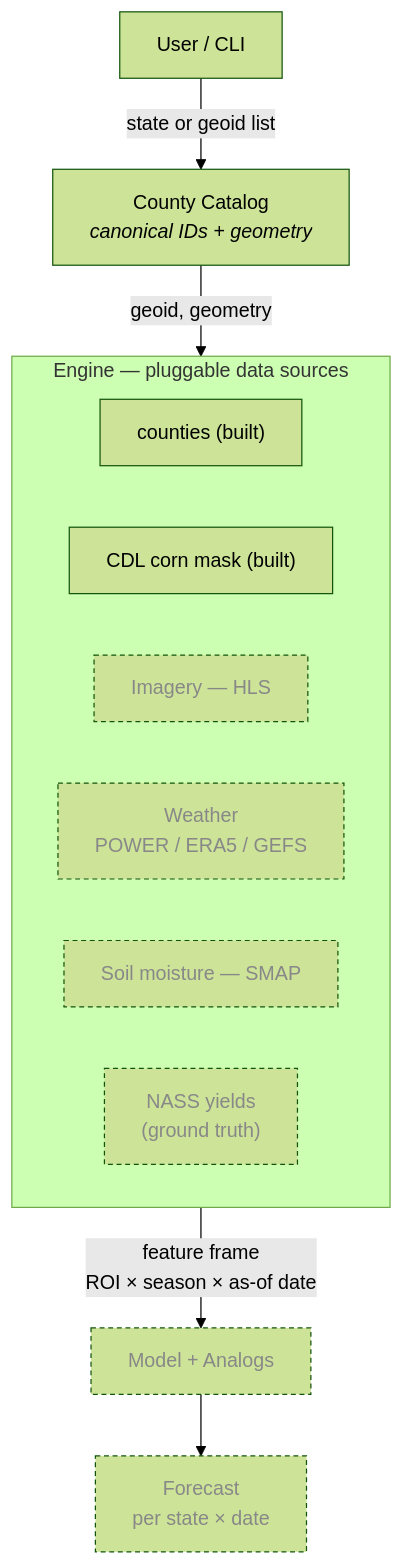
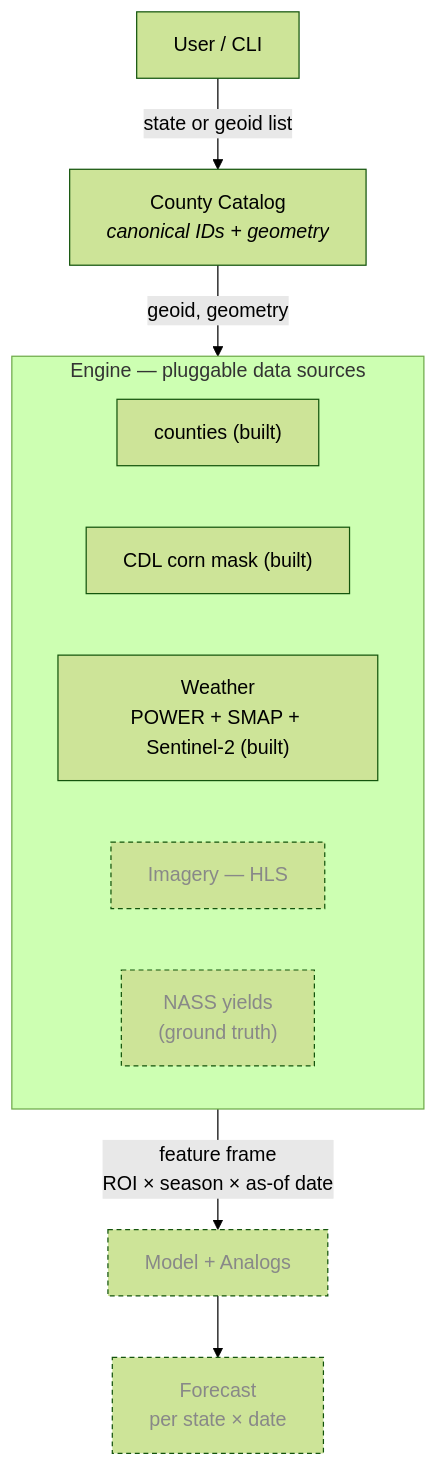
Before and after one commit to JakeAum/hack26: the first of 4 diagrams in software/SPEC.md, drawn with Mermaid (forest theme). The commit also changed other lines of this file and 10 other files, not shown here.

````diff
--- a/software/SPEC.md
+++ b/software/SPEC.md
@@ -13,20 +13,19 @@
 ```mermaid
 flowchart TD
     User["User / CLI"] -->|state or geoid list| Catalog["County Catalog<br/><i>canonical IDs + geometry</i>"]
     Catalog -->|geoid, geometry| Engine
 
     subgraph Engine["Engine — pluggable data sources"]
         direction LR
         Counties["counties (built)"]
         CDL["CDL corn mask (built)"]
+        WX["Weather<br/>POWER + SMAP + Sentinel-2 (built)"]
         HLS["Imagery — HLS"]:::planned
-        WX["Weather<br/>POWER / ERA5 / GEFS"]:::planned
-        SM["Soil moisture — SMAP"]:::planned
         NASS["NASS yields<br/>(ground truth)"]:::planned
     end
 
     Engine -->|feature frame<br/>ROI × season × as-of date| Model["Model + Analogs"]:::planned
     Model --> Forecast["Forecast<br/>per state × date"]:::planned
 
     classDef planned stroke-dasharray: 4 3, color:#888;
 ```
````
